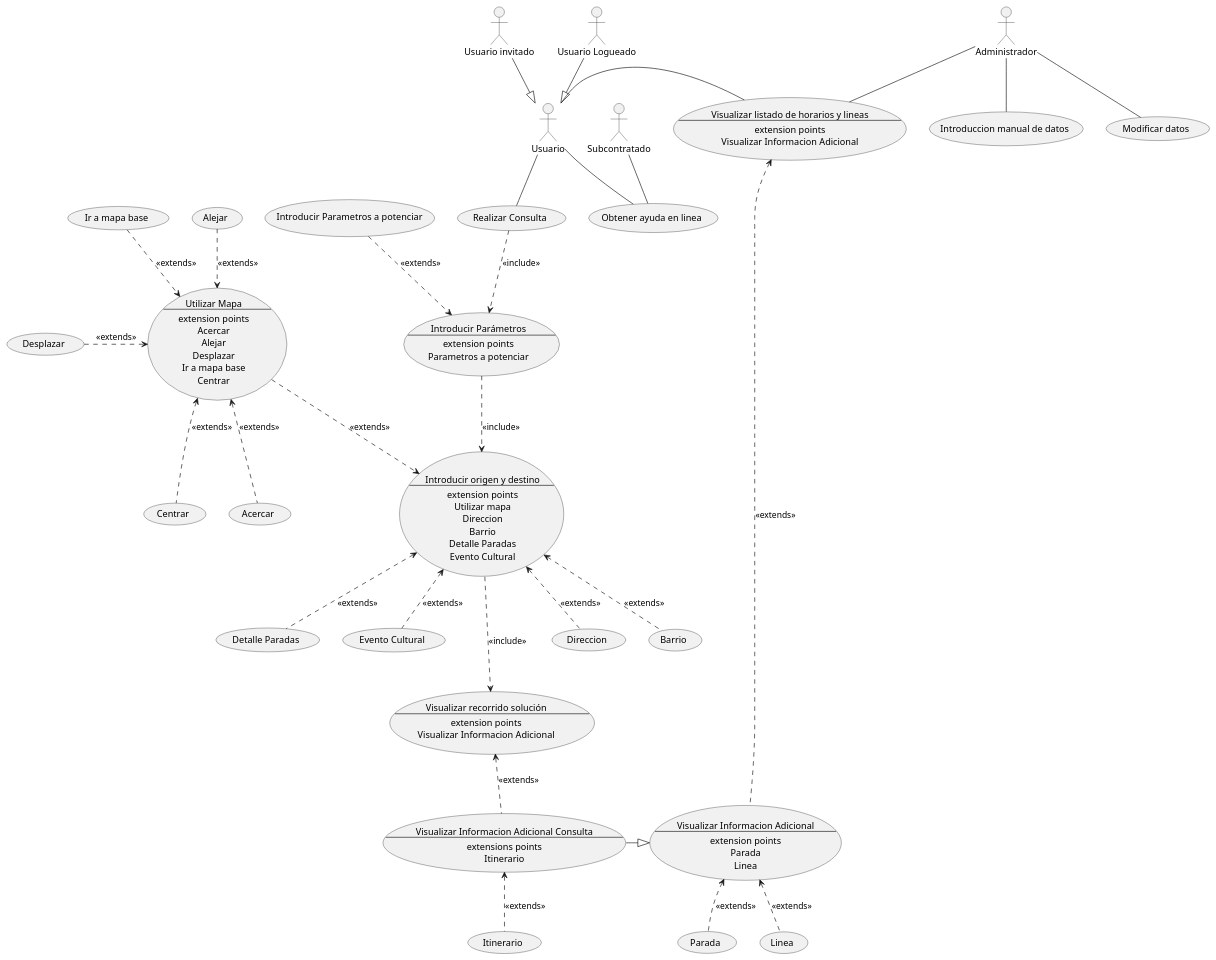
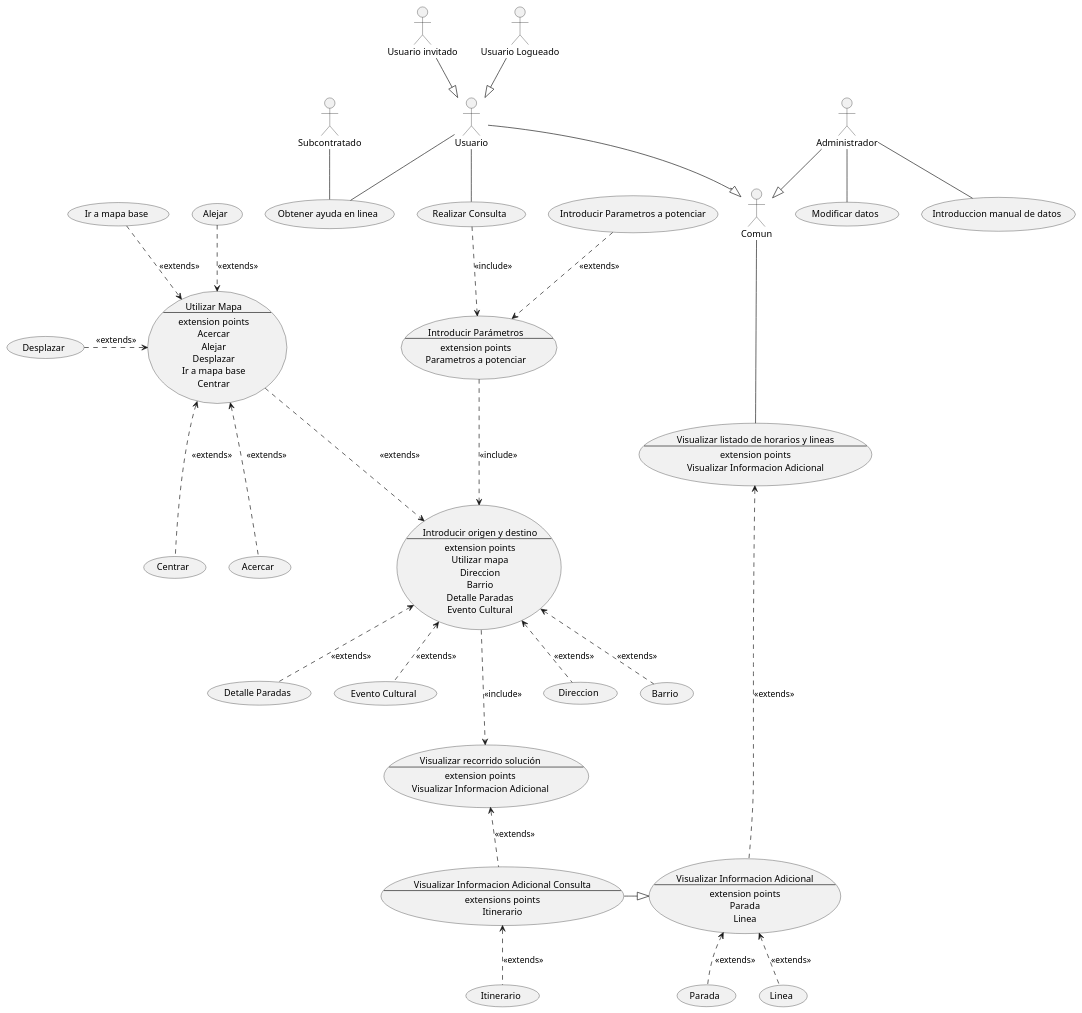
Before and after one commit to cgg734/INRE-UAL-MORADO-2022-2023: the diagram in Proyecto/source/SIIT.puml, drawn with PlantUML.

Commit message:
Arreglos caso de uso SIIT

```diff
--- a/Proyecto/source/SIIT.puml
+++ b/Proyecto/source/SIIT.puml
@@ -1,121 +1,121 @@
 @startuml SIIT
 actor UI as "Usuario invitado"
 actor UL as "Usuario Logueado"
 actor Usuario
 actor Subcontratado
 actor Administrador
-
+actor Comun
 
 usecase (Modificar) as "Modificar datos"
 usecase (Introducir) as "Introduccion manual de datos"
 
 
-
+Usuario--|>Comun
+Administrador--|>Comun
 
 UI--|>Usuario
 UL--|>Usuario
 
 usecase (Ayuda) as  "Obtener ayuda en linea"
 usecase (Consulta) as "Realizar Consulta"
 usecase Horarios as "Visualizar listado de horarios y lineas
 --
 extension points
 Visualizar Informacion Adicional"
 usecase (Potenciar) as "Introducir Parametros a potenciar"
 usecase Origen as "Introducir origen y destino
 --
 extension points
 Utilizar mapa
 Direccion
 Barrio
 Detalle Paradas
 Evento Cultural"
 
 
 usecase (Direccion) as "Direccion"
 usecase (Barrio) as "Barrio"
 usecase (Detalle) as "Detalle Paradas"
 usecase (Evento) as "Evento Cultural"
 usecase Mapa as "Utilizar Mapa
 --
 extension points
 Acercar
 Alejar
 Desplazar
 Ir a mapa base
 Centrar
 "
 
 usecase (Acercar) as "Acercar"
 usecase (Alejar) as "Alejar"
 usecase (Desplazar) as "Desplazar"
 usecase (MapaB) as "Ir a mapa base"
 usecase (Centrar) as "Centrar"
 
 
 (Origen)<.up.(Mapa) : <<extends>>
 (Origen)<..(Direccion) : <<extends>>
 (Origen)<..(Barrio) : <<extends>>
 (Origen)<..(Detalle) : <<extends>>
 (Origen)<..(Evento) : <<extends>>
 
 
 (Mapa)<..(Acercar) : <<extends>>
 (Mapa)<.up.(Alejar) : <<extends>>
 (Mapa)<.left.(Desplazar) : <<extends>>
 (Mapa)<.up.(MapaB) : <<extends>>
 (Mapa)<..(Centrar) : <<extends>>
 
 
 
 Administrador--Modificar
 Administrador--Introducir
-Administrador--Horarios
+Comun--Horarios
 
 
 usecase Parametros as "Introducir Parámetros
 --
 extension points
 Parametros a potenciar
 "
 
-Usuario-right-Horarios
 Usuario--Consulta
 Usuario--Ayuda
 Subcontratado--Ayuda
 
 (Consulta)..>(Parametros) : <<include>> 
 (Parametros)..>(Origen) : <<include>> 
 (Parametros)<.up.(Potenciar) : <<extends>>
 
 
 
 usecase Solucion as "Visualizar recorrido solución
 --
 extension points
 Visualizar Informacion Adicional"
 
 usecase MostrarInfo as "Visualizar Informacion Adicional
 --
 extension points
 Parada
 Linea"
 usecase MostrarInfoConsulta as "Visualizar Informacion Adicional Consulta
 --
 extensions points
 Itinerario"
 
 
 (Origen)...>(Solucion) : <<include>> 
 (Solucion)<..MostrarInfoConsulta : <<extends>>
 (Horarios)<.right.(MostrarInfo) : <<extends>>
 
 
 (MostrarInfoConsulta)-right-|>(MostrarInfo)
 
 (MostrarInfo)<..(Parada) : <<extends>>
 (MostrarInfo)<..(Linea) : <<extends>>
 (MostrarInfoConsulta)<..(Itinerario) : <<extends>>
 
 
 @enduml
```
